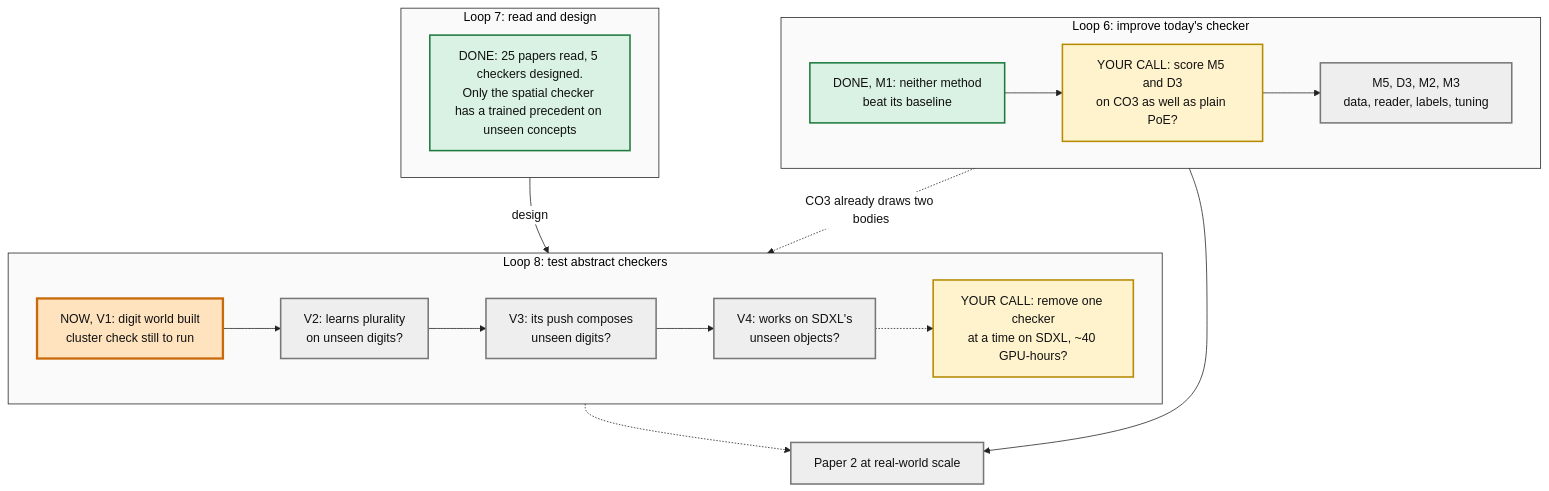
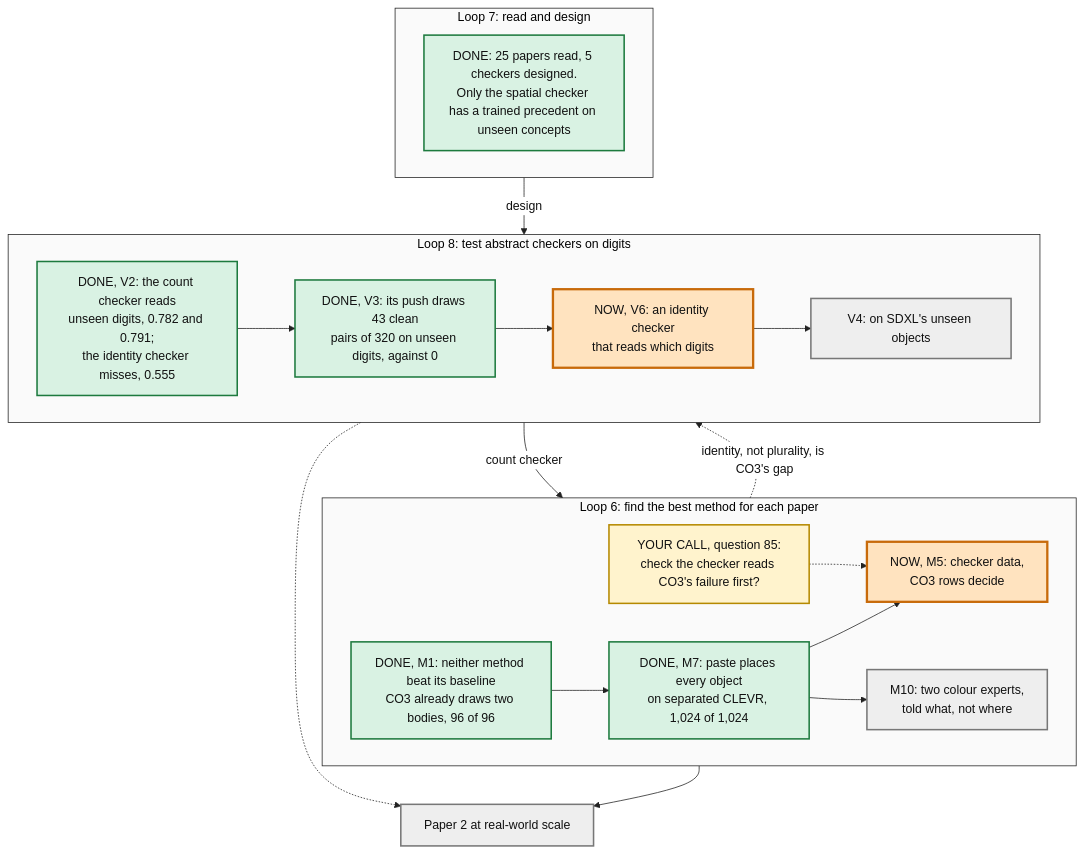
The diagram in artifacts/notes/progress/method-search/how-loops-6-7-8-connect.mmd (mo-rsa24/concept-composition), drawn with Mermaid before and after one commit. The commit also changed 11 other files, not shown here.

Commit message:
Loop 6 diagrams brought up to date after the review, and the Stage 2 render smoke passes

```diff
--- a/artifacts/notes/progress/method-search/how-loops-6-7-8-connect.mmd
+++ b/artifacts/notes/progress/method-search/how-loops-6-7-8-connect.mmd
@@ -1,39 +1,43 @@
 %%{init: {'theme': 'base', 'themeVariables': {'fontFamily': 'monospace', 'primaryColor': '#ffffff', 'primaryBorderColor': '#222222', 'primaryTextColor': '#111111', 'lineColor': '#222222'}}}%%
 flowchart TB
   classDef done fill:#d9f2e3,stroke:#1d7a3e,stroke-width:2px,color:#111111
   classDef doing fill:#ffe3bf,stroke:#c86a0a,stroke-width:3px,color:#111111
   classDef todo fill:#eeeeee,stroke:#777777,stroke-width:2px,color:#111111
   classDef ask fill:#fff3cd,stroke:#b58900,stroke-width:2px,color:#111111
 
-  subgraph L6["Loop 6: improve today's checker"]
+  subgraph L6["Loop 6: find the best method for each paper"]
     direction LR
-    M1["DONE, M1: neither method<br/>beat its baseline"]:::done
-    Q57["YOUR CALL: score M5 and D3<br/>on CO3 as well as plain PoE?"]:::ask
-    M5["M5, D3, M2, M3<br/>data, reader, labels, tuning"]:::todo
-    M1 --> Q57 --> M5
+    M1["DONE, M1: neither method beat its baseline<br/>CO3 already draws two bodies, 96 of 96"]:::done
+    M7["DONE, M7: paste places every object<br/>on separated CLEVR, 1,024 of 1,024"]:::done
+    M5["NOW, M5: checker data,<br/>CO3 rows decide"]:::doing
+    Q85["YOUR CALL, question 85:<br/>check the checker reads CO3's failure first?"]:::ask
+    M10["M10: two colour experts,<br/>told what, not where"]:::todo
+    M1 --> M7 --> M5
+    Q85 -.-> M5
+    M7 --> M10
   end
 
   subgraph L7["Loop 7: read and design"]
     direction LR
     U["DONE: 25 papers read, 5 checkers designed.<br/>Only the spatial checker has a trained precedent on unseen concepts"]:::done
   end
 
-  subgraph L8["Loop 8: test abstract checkers"]
+  subgraph L8["Loop 8: test abstract checkers on digits"]
     direction LR
-    V1["NOW, V1: digit world built<br/>cluster check still to run"]:::doing
-    V2["V2: learns plurality<br/>on unseen digits?"]:::todo
-    V3["V3: its push composes<br/>unseen digits?"]:::todo
-    V4["V4: works on SDXL's<br/>unseen objects?"]:::todo
-    Q56["YOUR CALL: remove one checker<br/>at a time on SDXL, ~40 GPU-hours?"]:::ask
-    V1 --> V2 --> V3 --> V4 -.-> Q56
+    V2["DONE, V2: the count checker reads<br/>unseen digits, 0.782 and 0.791;<br/>the identity checker misses, 0.555"]:::done
+    V3["DONE, V3: its push draws 43 clean<br/>pairs of 320 on unseen digits, against 0"]:::done
+    V6["NOW, V6: an identity checker<br/>that reads which digits"]:::doing
+    V4["V4: on SDXL's unseen objects"]:::todo
+    V2 --> V3 --> V6 --> V4
   end
 
   P["Paper 2 at real-world scale"]:::todo
   U -->|"design"| V2
-  M1 -.->|"CO3 already draws two bodies"| V4
+  V3 -->|"count checker"| M10
+  M1 -.->|"identity, not plurality, is CO3's gap"| V6
   M5 --> P
-  Q56 -.-> P
+  V4 -.-> P
 
   style L6 fill:#fafafa,stroke:#222222,stroke-width:1px
   style L7 fill:#fafafa,stroke:#222222,stroke-width:1px
   style L8 fill:#fafafa,stroke:#222222,stroke-width:1px
```
